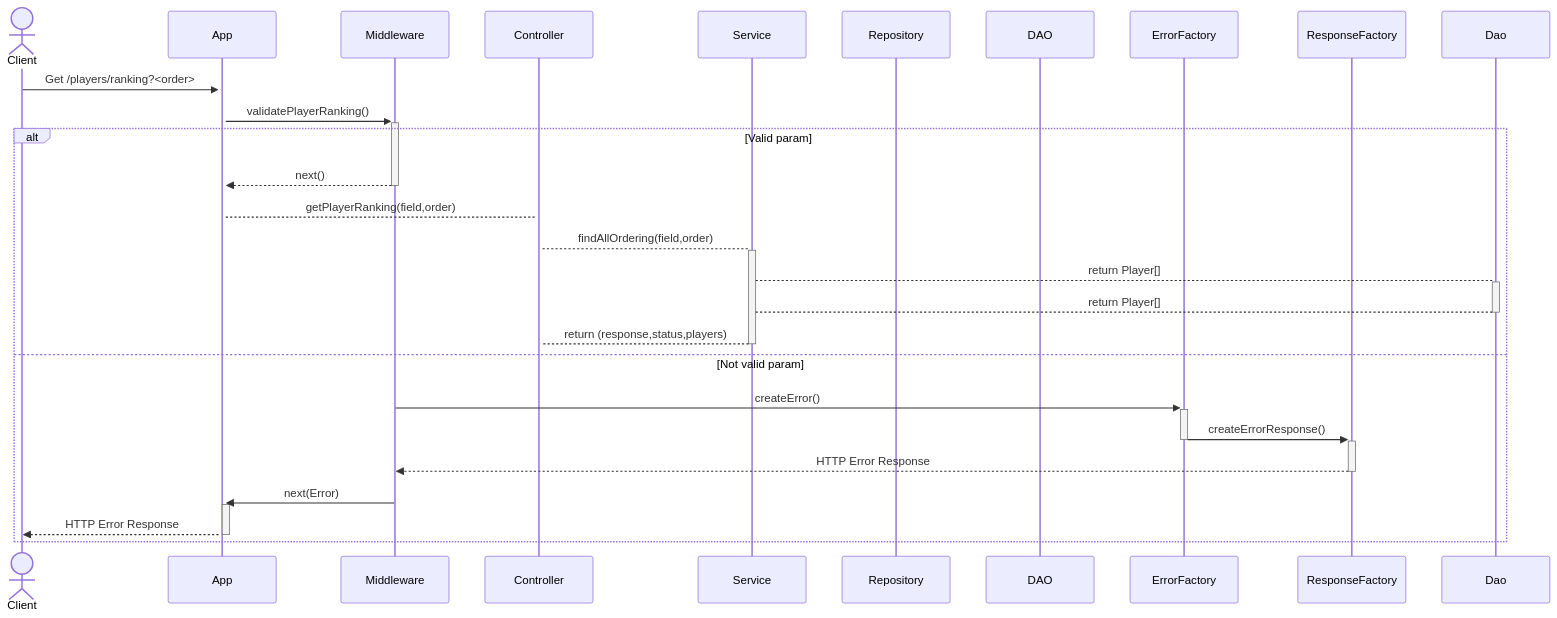
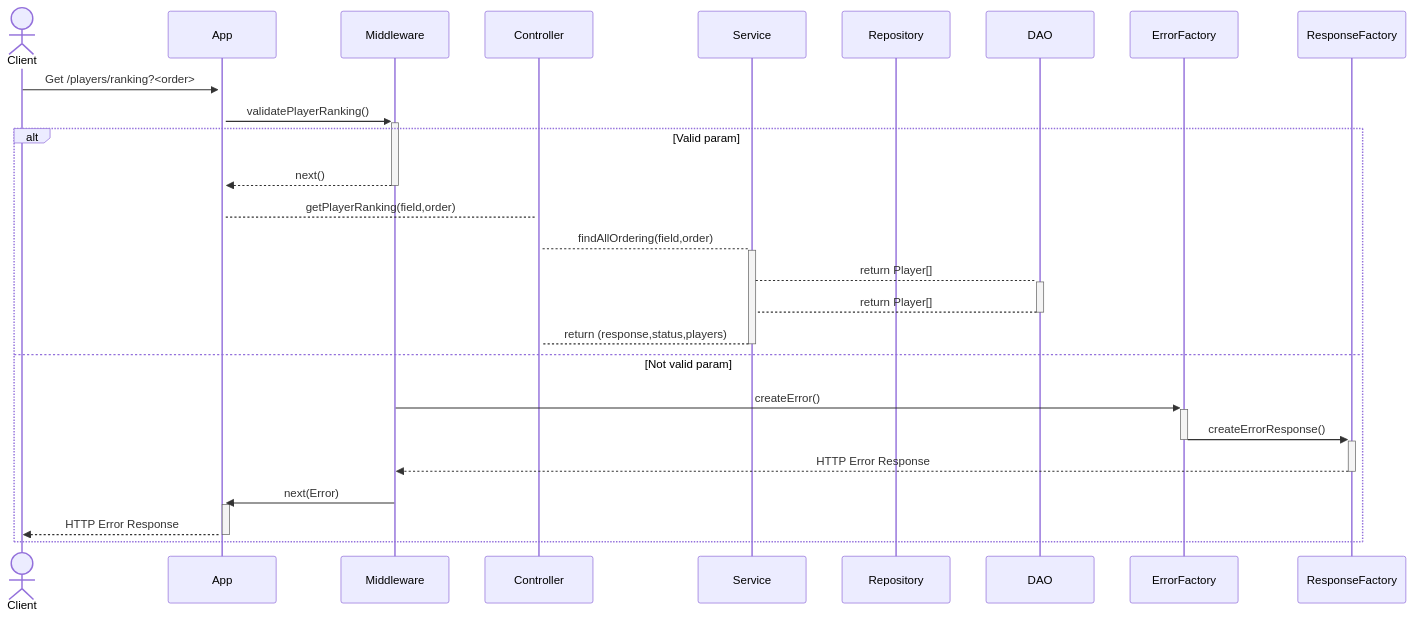
One commit to nicolobartolinii/chess-backend changed the third of 3 diagrams in README.md. Above: the diagram before and after it, drawn with Mermaid.

````diff
--- a/README.md
+++ b/README.md
@@ -133,32 +133,32 @@
 ```mermaid
 sequenceDiagram
     actor Client
     participant App
     participant Middleware
     participant Controller
     participant Service
     participant Repository
     participant DAO
     participant ErrorFactory
     participant ResponseFactory
 
     Client->>+App: Get /players/ranking?<order>
     App->>+Middleware: validatePlayerRanking()
     alt Valid param
         Middleware-->>-App: next()
         App-->+Controller:getPlayerRanking(field,order)
         Controller-->+Service:findAllOrdering(field,order)
-        Service-->+Dao: return Player[]
-        Dao-->-Service: return Player[]
+        Service-->+DAO: return Player[]
+        DAO-->-Service: return Player[]
         Service-->-Controller: return (response,status,players)
     else Not valid param
         Middleware->>+ErrorFactory: createError()
         ErrorFactory->>+ResponseFactory: createErrorResponse()
         deactivate ErrorFactory
         ResponseFactory-->>-Middleware: HTTP Error Response
         Middleware->>+App: next(Error)
         App-->>-Client: HTTP Error Response
       
     end
 
 ```
````
